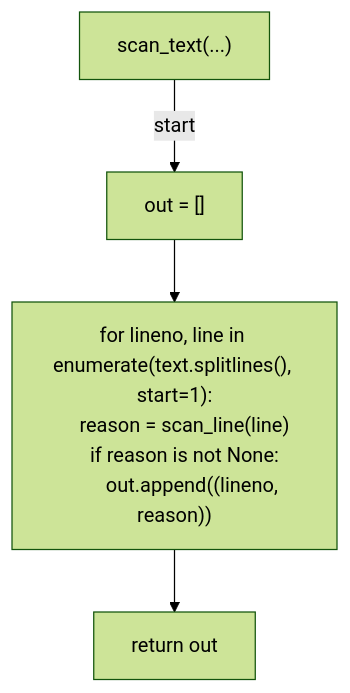
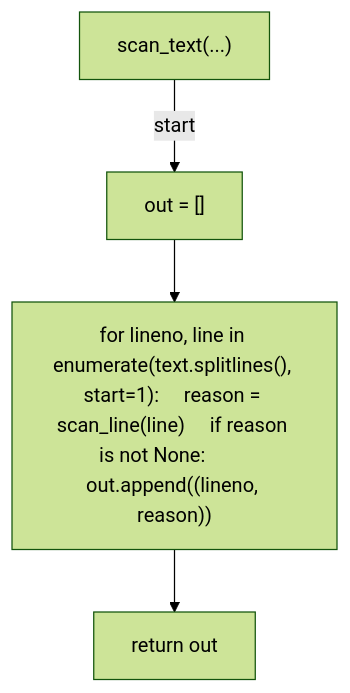
Before and after one commit to tvna/claude-md: the fourth of 9 diagrams in docs/generated/scripts/ast/scan_workflow_action_pins.md, drawn with Mermaid (forest theme). The commit also changed other lines of this file and 23 other files, not shown here.

First line of the commit message:
docs(generated): regenerate decision tree and workflow diagrams (batch 4/5)

````diff
--- a/docs/generated/scripts/ast/scan_workflow_action_pins.md
+++ b/docs/generated/scripts/ast/scan_workflow_action_pins.md
@@ -74,13 +74,10 @@
 ```mermaid
 flowchart TD
     N001["scan_text(...)"]
     N002["out = []"]
-    N003["for lineno, line in enumerate(text.splitlines(), start=1):
-    reason = scan_line(line)
-    if reason is not None:
-        out.append((lineno, reason))"]
+    N003["for lineno, line in enumerate(text.splitlines(), start=1):     reason = scan_line(line)     if reason is not None:         out.append((lineno, reason))"]
     N004["return out"]
     N001 -->|"start"| N002
     N002 --> N003
     N003 --> N004
 ```
````
